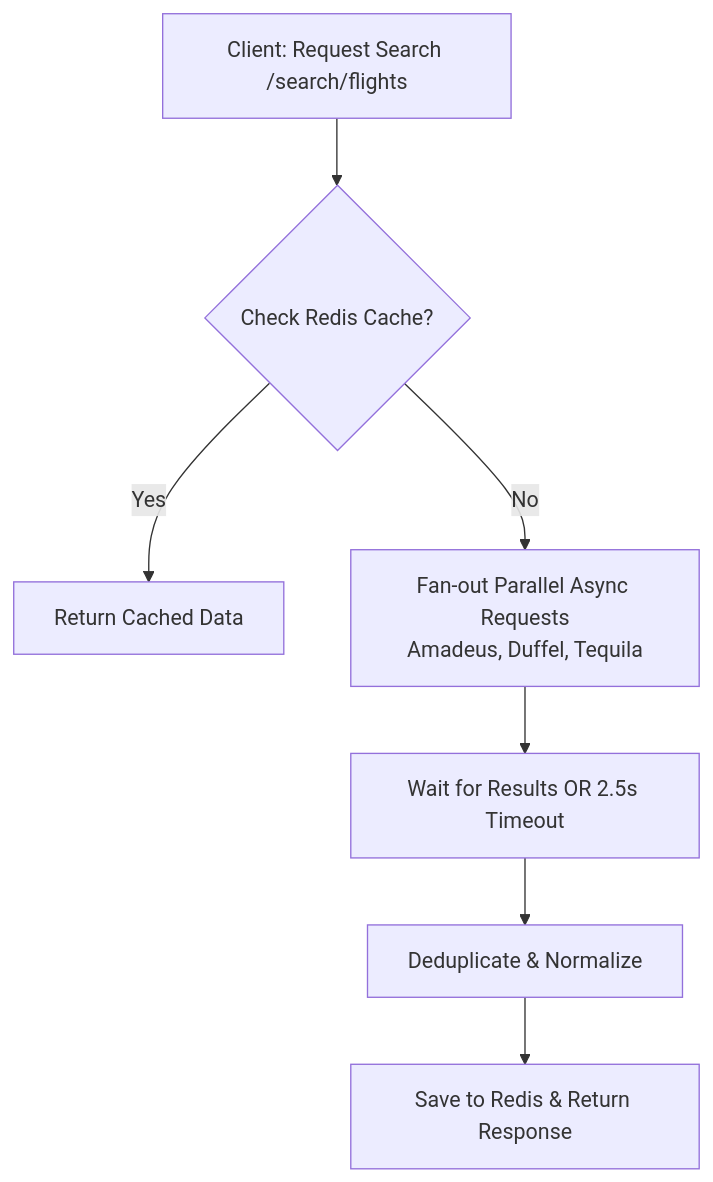
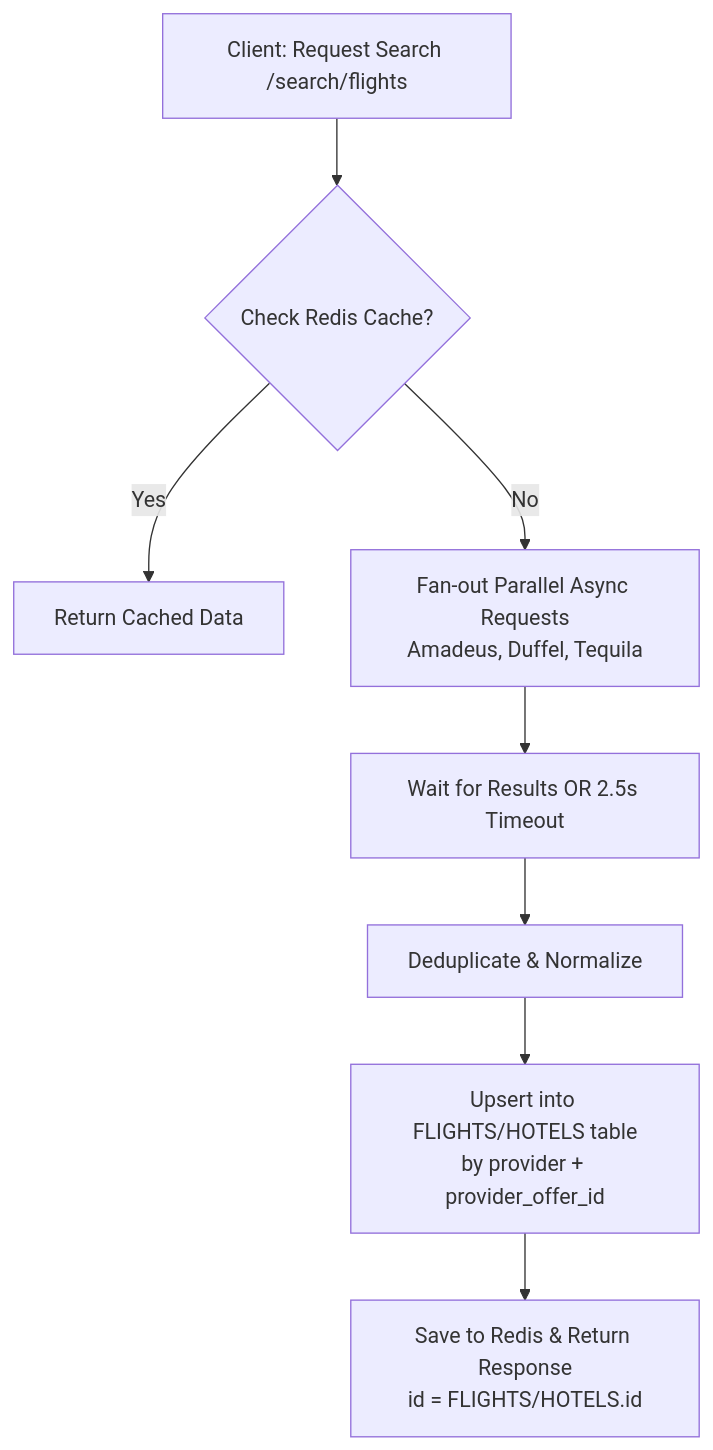
One commit to SaraMagdyAbdelhamed/booking_project_nodejs changed the second of 12 diagrams in README.md. Above: the diagram before and after it, drawn with Mermaid. The commit also changed other lines of this file, not shown here.

````diff
--- a/README.md
+++ b/README.md
@@ -172,9 +239,10 @@
 ```mermaid
 flowchart TD
     A[Client: Request Search /search/flights] --> B{Check Redis Cache?}
     B -->|Yes| C[Return Cached Data]
     B -->|No| D[Fan-out Parallel Async Requests<br/>Amadeus, Duffel, Tequila]
     D --> E[Wait for Results OR 2.5s Timeout]
     E --> F[Deduplicate & Normalize]
-    F --> G[Save to Redis & Return Response]
+    F --> G[Upsert into FLIGHTS/HOTELS table<br/>by provider + provider_offer_id]
+    G --> H[Save to Redis & Return Response<br/>id = FLIGHTS/HOTELS.id]
 ```
````
